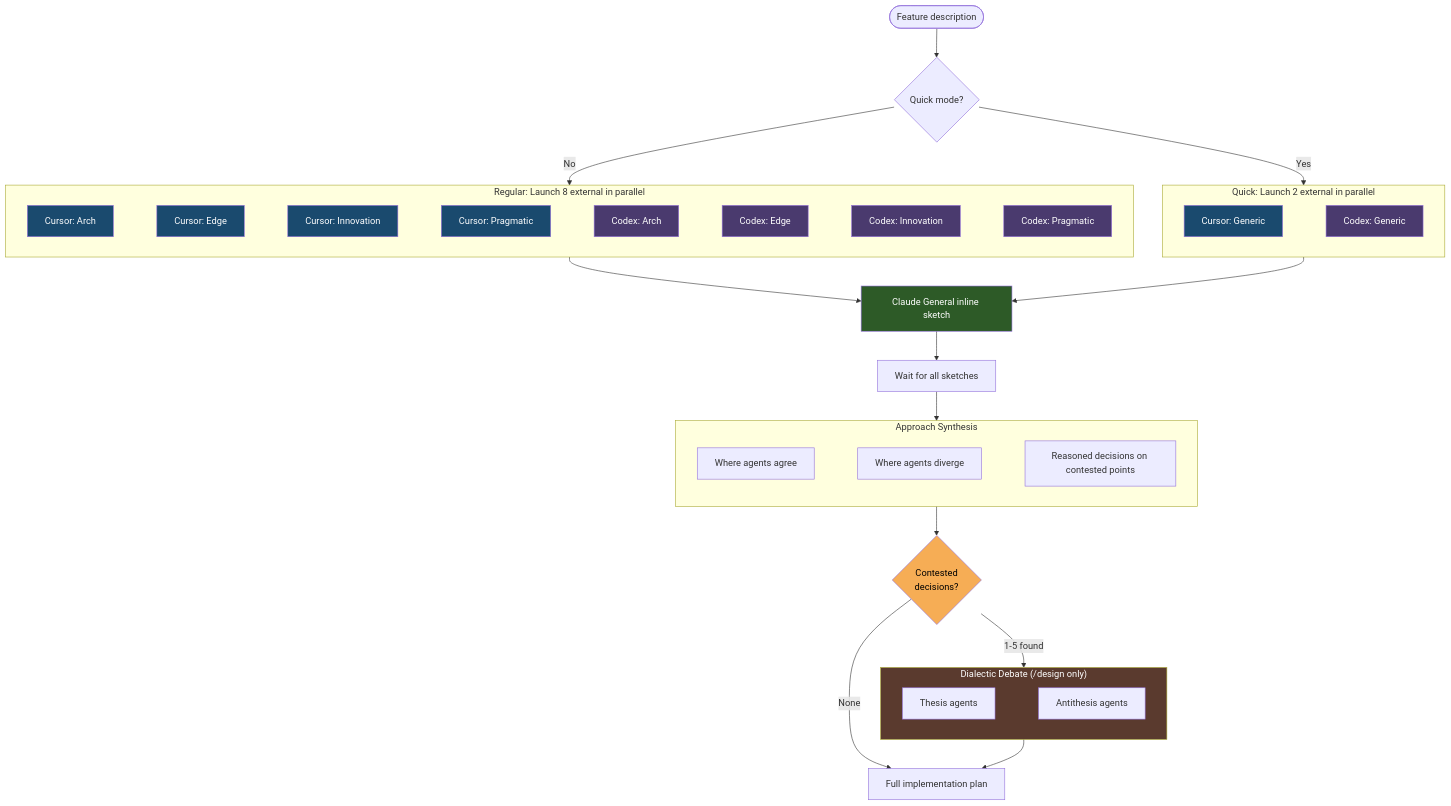
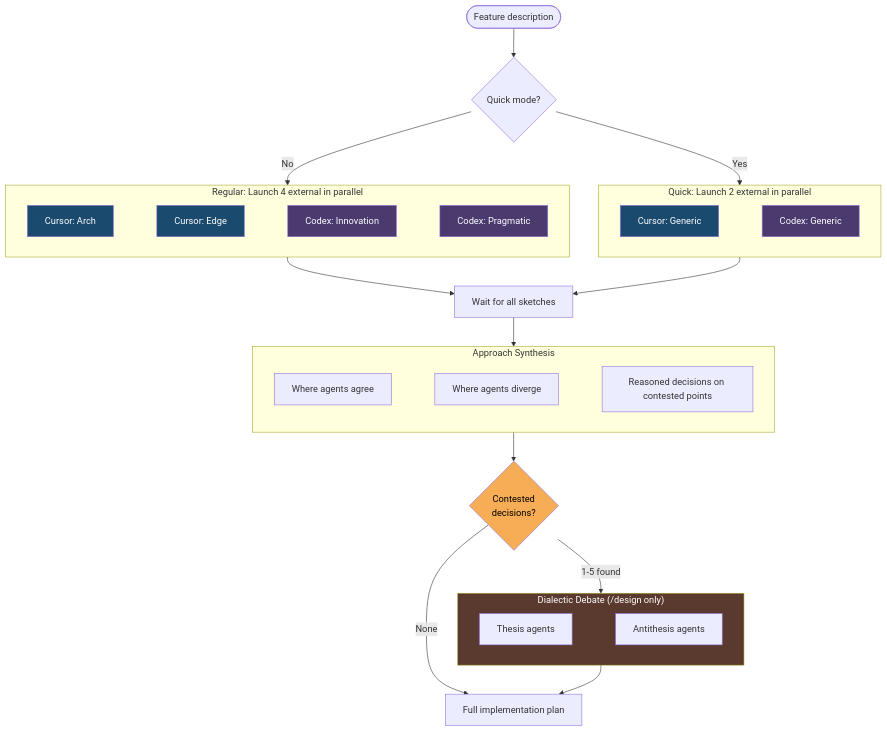
The diagram in docs/collaborative-sketches.md (character-ai/larch), drawn with Mermaid before and after one commit. The commit also changed other lines of this file and 18 other files, not shown here.

First line of the commit message:
Reduce regular /design sketches to four slots

````diff
--- a/docs/collaborative-sketches.md
+++ b/docs/collaborative-sketches.md
@@ -62,57 +56,47 @@
 ```mermaid
 flowchart TD
     START([Feature description]) --> MODE{Quick mode?}
     MODE -->|No| LAUNCH_REG
     MODE -->|Yes| LAUNCH_QUICK
 
-    subgraph LAUNCH_REG["Regular: Launch 8 external in parallel"]
+    subgraph LAUNCH_REG["Regular: Launch 4 external in parallel"]
         direction LR
         CA[Cursor: Arch] ~~~ CE[Cursor: Edge]
-        CE ~~~ CI[Cursor: Innovation]
-        CI ~~~ CP[Cursor: Pragmatic]
-        CP ~~~ XA[Codex: Arch]
-        XA ~~~ XE[Codex: Edge]
-        XE ~~~ XI[Codex: Innovation]
+        CE ~~~ XI[Codex: Innovation]
         XI ~~~ XP[Codex: Pragmatic]
     end
 
     subgraph LAUNCH_QUICK["Quick: Launch 2 external in parallel"]
         direction LR
         CG[Cursor: Generic] ~~~ XG[Codex: Generic]
     end
 
-    LAUNCH_REG --> GENERAL[Claude General inline sketch]
-    LAUNCH_QUICK --> GENERAL
-    GENERAL --> WAIT[Wait for all sketches]
+    LAUNCH_REG --> WAIT[Wait for all sketches]
+    LAUNCH_QUICK --> WAIT
     WAIT --> SYNTHESIS[Synthesis]
 
     subgraph SYNTHESIS["Approach Synthesis"]
         AGREE[Where agents agree] ~~~ DIVERGE[Where agents diverge]
         DIVERGE ~~~ DECISION[Reasoned decisions on contested points]
     end
 
     SYNTHESIS --> CHECK{Contested\ndecisions?}
     CHECK -->|None| PLAN[Full implementation plan]
     CHECK -->|1-5 found| DIALECTIC
 
     subgraph DIALECTIC["Dialectic Debate (/design only)"]
         direction LR
         THESIS[Thesis agents] ~~~ ANTITHESIS[Antithesis agents]
     end
 
     DIALECTIC --> PLAN
 
     style CA fill:#1a4a6e,color:#fff
     style CE fill:#1a4a6e,color:#fff
-    style CI fill:#1a4a6e,color:#fff
-    style CP fill:#1a4a6e,color:#fff
-    style XA fill:#4a3a6e,color:#fff
-    style XE fill:#4a3a6e,color:#fff
     style XI fill:#4a3a6e,color:#fff
     style XP fill:#4a3a6e,color:#fff
     style CG fill:#1a4a6e,color:#fff
     style XG fill:#4a3a6e,color:#fff
-    style GENERAL fill:#2d5a27,color:#fff
     style DIALECTIC fill:#5a3a2e,color:#fff
     style CHECK fill:#f6ad55,color:#000
 ```
````
